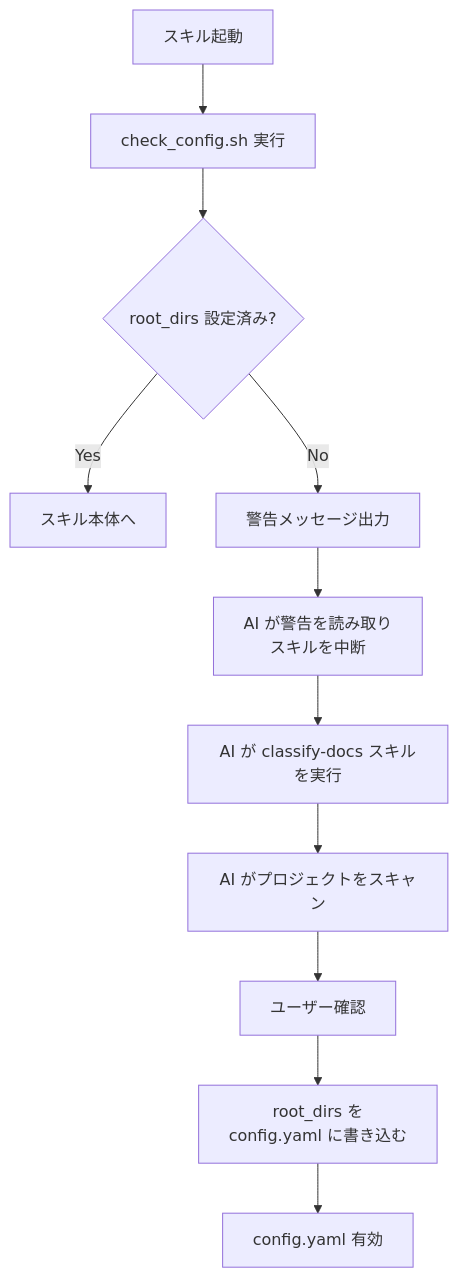
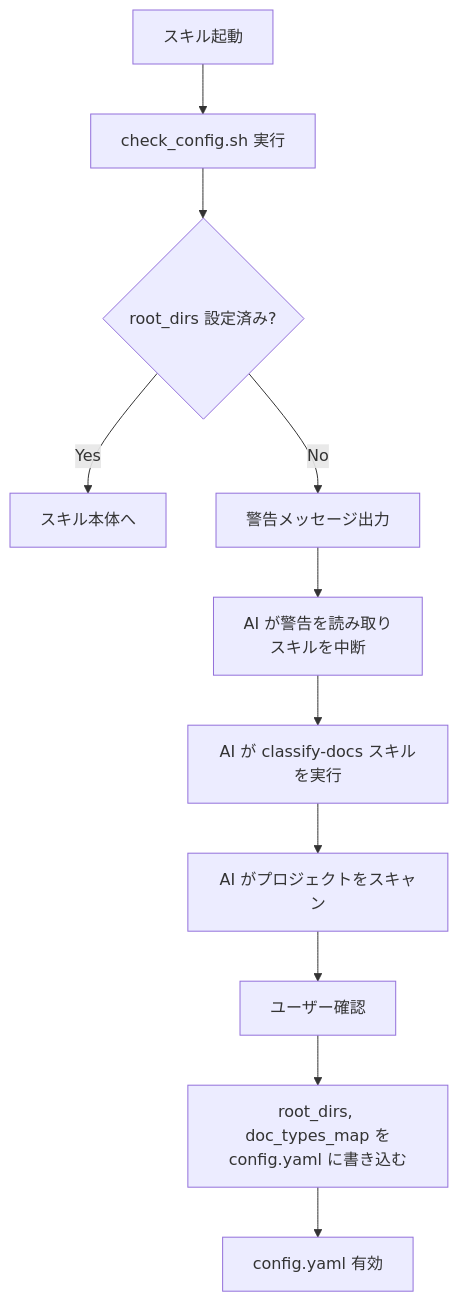
The fourth of 10 diagrams in specs/design/DES-005_toc_generation_flow.md (BlueEventHorizon/DocAdvisor-CC), drawn with Mermaid before and after one commit. The commit also changed other lines of this file and 4 other files, not shown here.

````diff
--- a/specs/design/DES-005_toc_generation_flow.md
+++ b/specs/design/DES-005_toc_generation_flow.md
@@ -115,13 +115,13 @@
 ```mermaid
 flowchart TD
     H[スキル起動] --> I[check_config.sh 実行]
     I --> J{root_dirs 設定済み?}
     J -->|Yes| K[スキル本体へ]
     J -->|No| L["警告メッセージ出力"]
     L --> M["AI が警告を読み取り<br>スキルを中断"]
     M --> N["AI が classify-docs スキルを実行"]
     N --> O[AI がプロジェクトをスキャン]
     O --> P[ユーザー確認]
-    P --> Q[root_dirs を<br>config.yaml に書き込む]
+    P --> Q[root_dirs, doc_types_map を<br>config.yaml に書き込む]
     Q --> R[config.yaml 有効]
 ```
````
